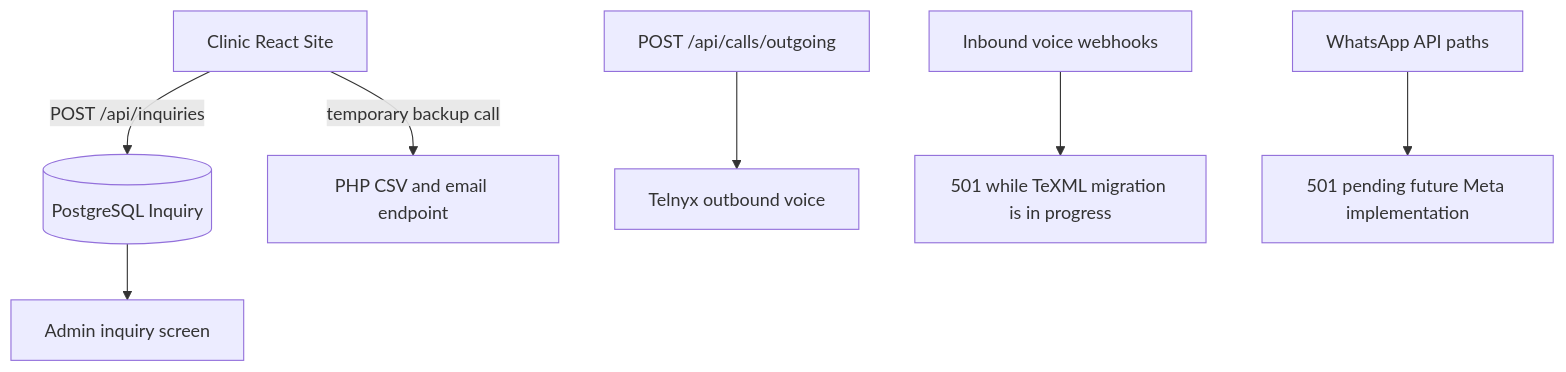
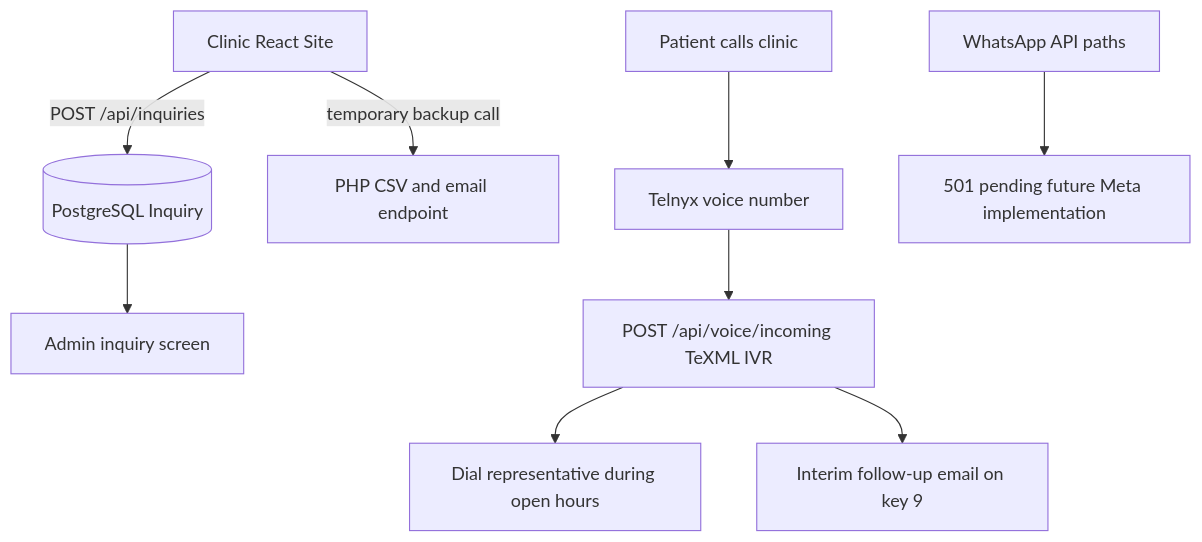
Before and after one commit to rotemoz84/communication-orchestration-platform: the diagram in docs/legacy/customer-management-system/FLOW-DIAGRAM.md, drawn with Mermaid. The commit also changed other lines of this file and 24 other files, not shown here.

Commit message:
Remove unused standalone Telnyx outbound calling

````diff
--- a/docs/legacy/customer-management-system/FLOW-DIAGRAM.md
+++ b/docs/legacy/customer-management-system/FLOW-DIAGRAM.md
@@ -11,9 +11,11 @@
 ```mermaid
 flowchart TD
     Site[Clinic React Site] -->|POST /api/inquiries| Inquiry[(PostgreSQL Inquiry)]
     Inquiry --> Admin[Admin inquiry screen]
     Site -->|temporary backup call| PHP[PHP CSV and email endpoint]
-    Outbound[POST /api/calls/outgoing] --> Telnyx[Telnyx outbound voice]
-    Voice[Inbound voice webhooks] --> Disabled[501 while TeXML migration is in progress]
+    Patient[Patient calls clinic] --> Telnyx[Telnyx voice number]
+    Telnyx --> Voice[POST /api/voice/incoming TeXML IVR]
+    Voice --> Rep[Dial representative during open hours]
+    Voice --> Email[Interim follow-up email on key 9]
     WA[WhatsApp API paths] --> Deferred[501 pending future Meta implementation]
 ```
````
